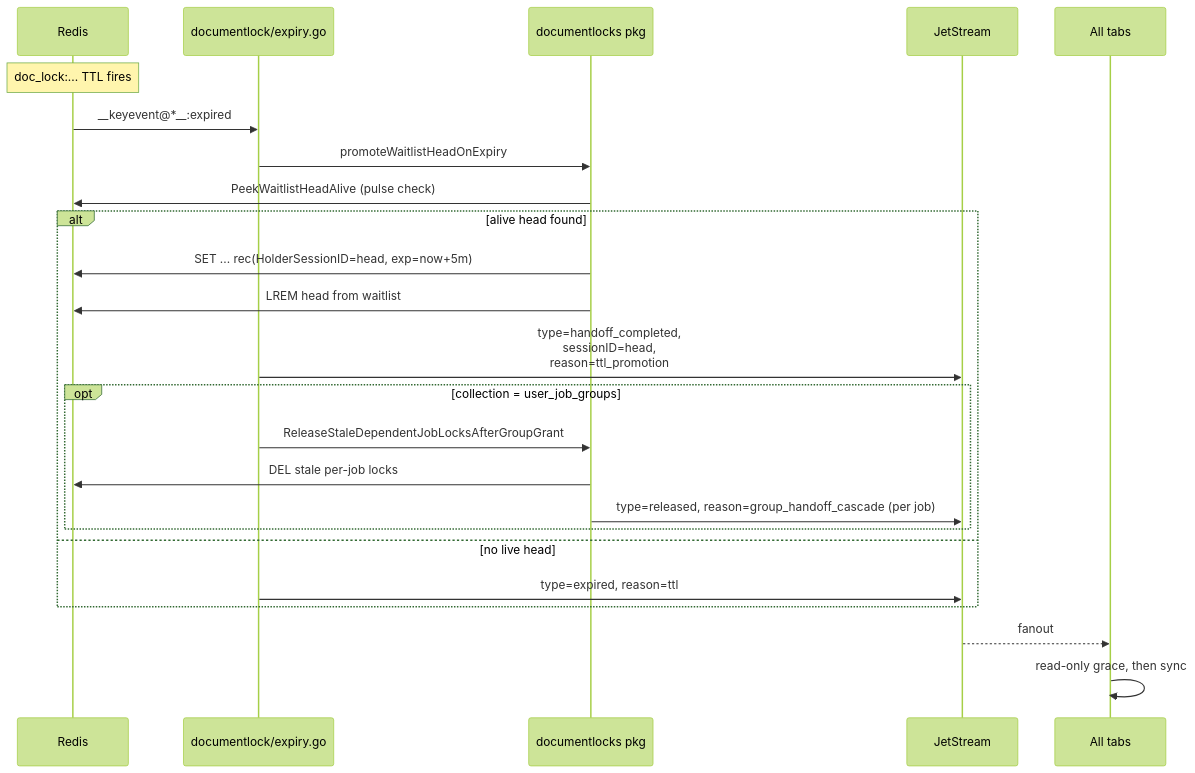
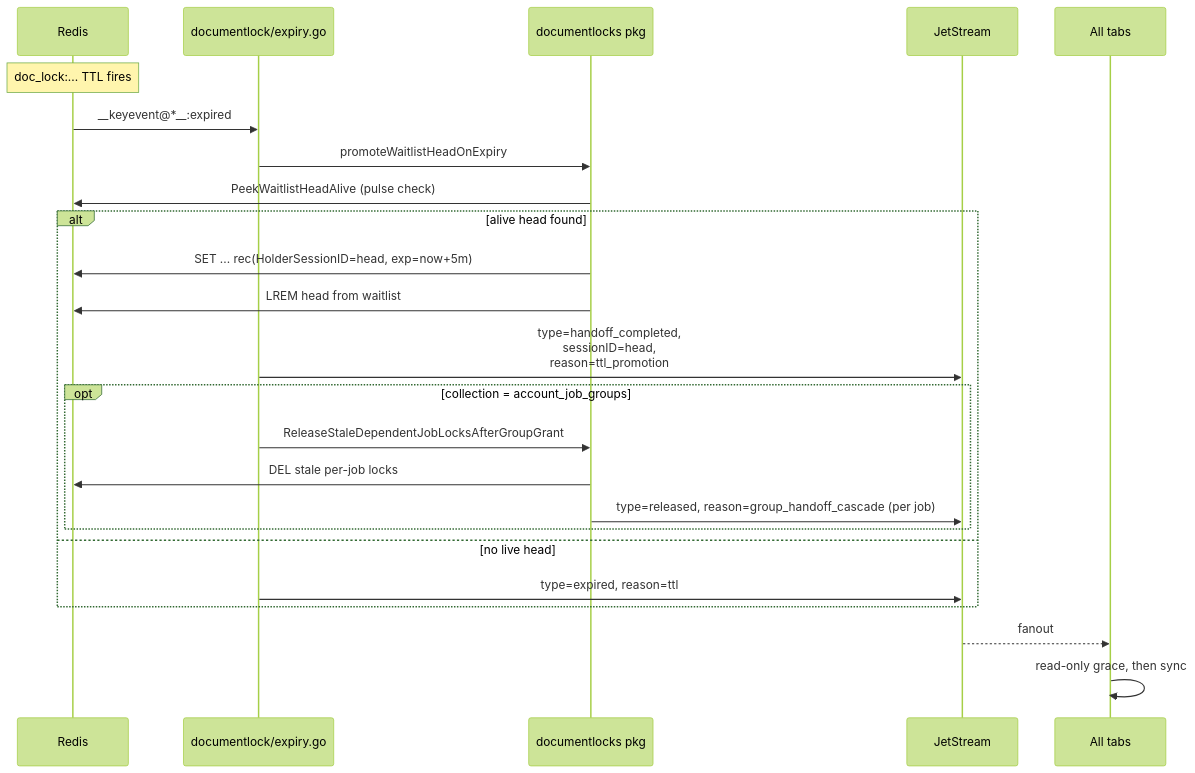
The fourth of 5 diagrams in technical-documentation/backend/api/document-lock/overview.md (darcy561/eve-industry-planner), drawn with Mermaid (forest theme) before and after one commit. The commit also changed other lines of this file and 117 other files, not shown here.

````diff
--- a/technical-documentation/backend/api/document-lock/overview.md
+++ b/technical-documentation/backend/api/document-lock/overview.md
@@ -259,27 +259,27 @@
 ```mermaid
 sequenceDiagram
   participant R as Redis
   participant E as documentlock/expiry.go
   participant API as documentlocks pkg
   participant JS as JetStream
   participant All as All tabs
 
   Note over R: doc_lock:... TTL fires
   R->>E: __keyevent@*__:expired
   E->>API: promoteWaitlistHeadOnExpiry
   API->>R: PeekWaitlistHeadAlive (pulse check)
   alt alive head found
     API->>R: SET ... rec(HolderSessionID=head, exp=now+5m)
     API->>R: LREM head from waitlist
     E->>JS: type=handoff_completed,<br/>sessionID=head,<br/>reason=ttl_promotion
-    opt collection = user_job_groups
+    opt collection = account_job_groups
       E->>API: ReleaseStaleDependentJobLocksAfterGroupGrant
       API->>R: DEL stale per-job locks
       API->>JS: type=released, reason=group_handoff_cascade (per job)
     end
   else no live head
     E->>JS: type=expired, reason=ttl
   end
   JS-->>All: fanout
   All->>All: read-only grace, then sync
 ```
````
